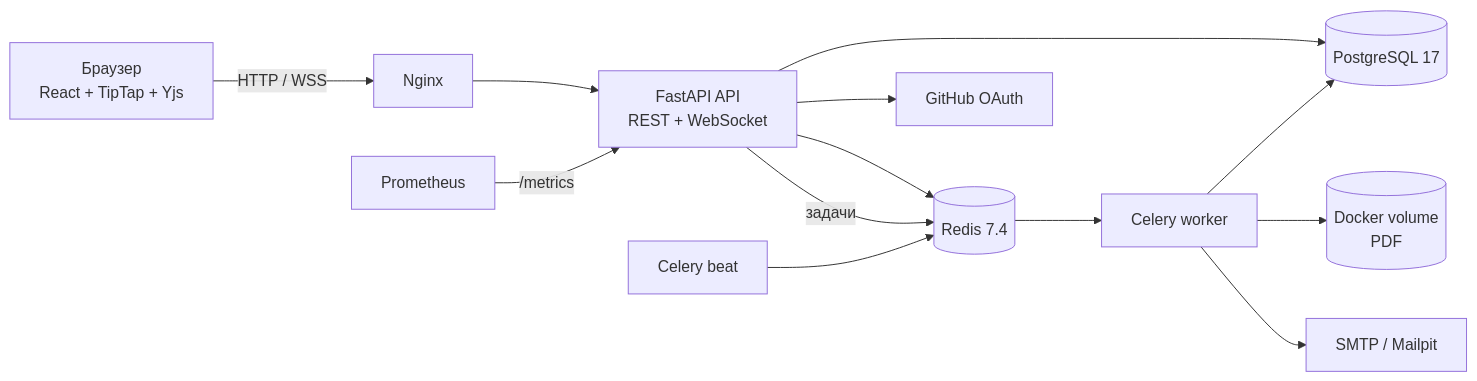
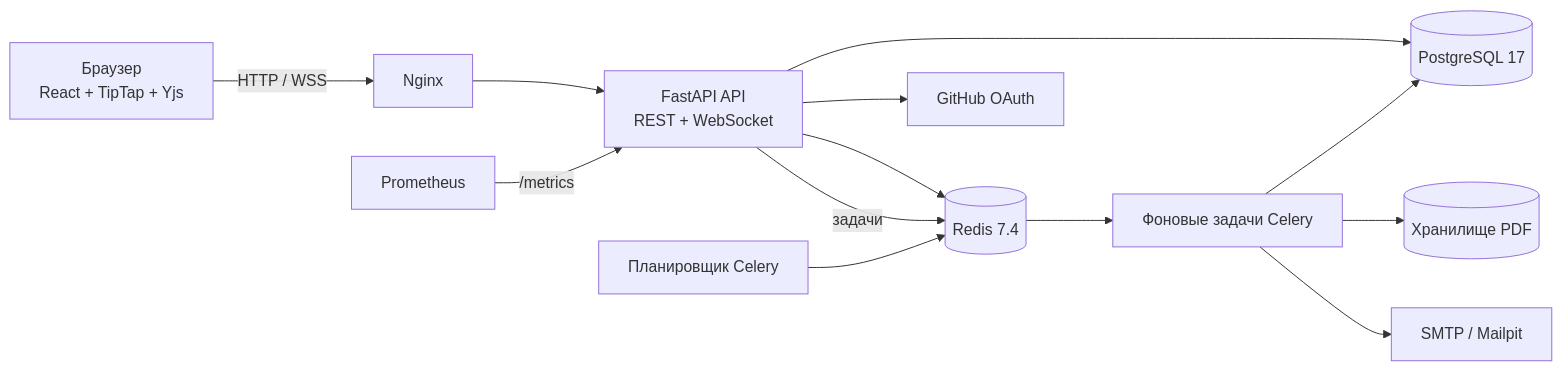
Before and after one commit to oINCLUDEo/Cowrite: the first of 2 diagrams in docs/technical-specification.md, drawn with Mermaid. The commit also changed other lines of this file and 1 other file, not shown here.

````diff
--- a/docs/technical-specification.md
+++ b/docs/technical-specification.md
@@ -310,27 +304,27 @@
 ```mermaid
 flowchart LR
-    Browser[Браузер\nReact + TipTap + Yjs]
+    Client[Браузер\nReact + TipTap + Yjs]
     Nginx[Nginx]
     API[FastAPI API\nREST + WebSocket]
     PG[(PostgreSQL 17)]
     Redis[(Redis 7.4)]
-    Worker[Celery worker]
-    Beat[Celery beat]
+    Tasks[Фоновые задачи Celery]
+    Scheduler[Планировщик Celery]
     Mail[SMTP / Mailpit]
-    Files[(Docker volume\nPDF)]
+    Files[(Хранилище PDF)]
     GH[GitHub OAuth]
     Prom[Prometheus]
 
-    Browser -->|HTTP / WSS| Nginx
+    Client -->|HTTP / WSS| Nginx
     Nginx --> API
     API --> PG
     API --> Redis
     API --> GH
     API -->|задачи| Redis
-    Beat --> Redis
-    Redis --> Worker
-    Worker --> PG
-    Worker --> Files
-    Worker --> Mail
+    Scheduler --> Redis
+    Redis --> Tasks
+    Tasks --> PG
+    Tasks --> Files
+    Tasks --> Mail
     Prom -->|/metrics| API
 ```
````
